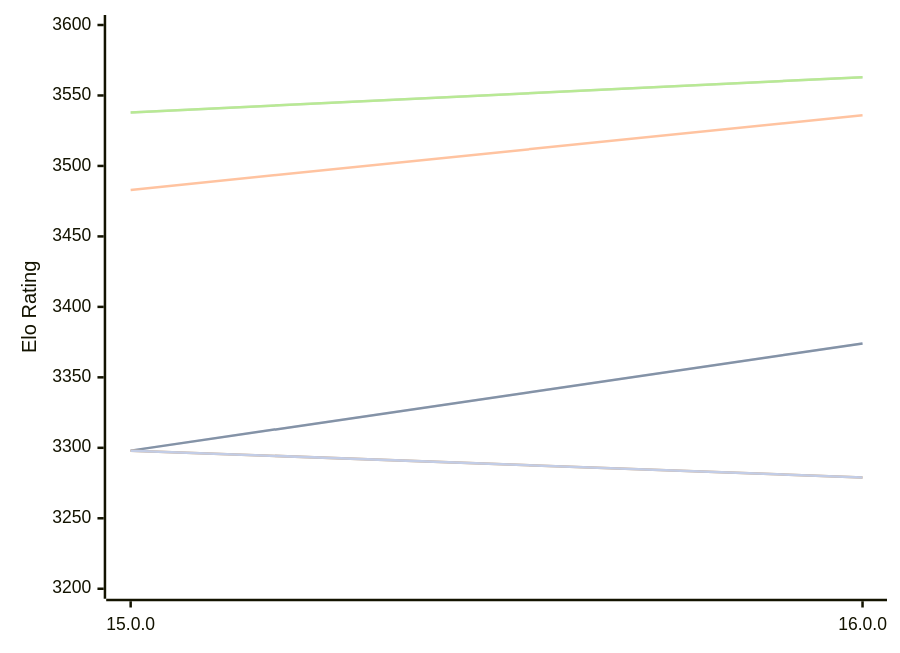
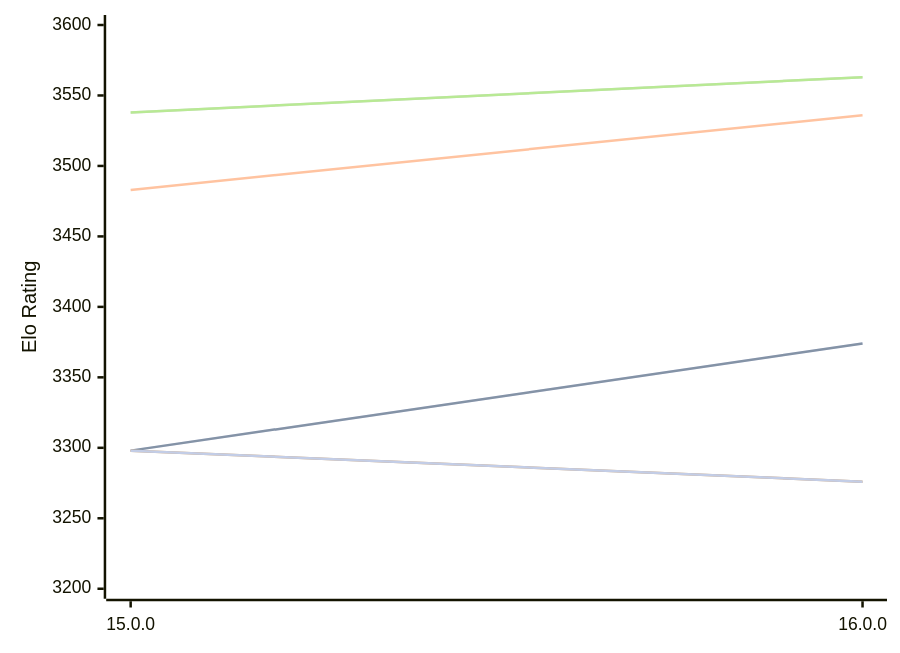
One commit to computer-chess-index/cci changed the diagram in engines/Halogen.md. Above: the diagram before and after it, drawn with Mermaid. The commit also changed other lines of this file, not shown here.

````diff
--- a/engines/Halogen.md
+++ b/engines/Halogen.md
@@ -48,13 +48,13 @@
 ```mermaid
 %%{init: {"theme":"base","themeVariables":{"seriesColors:['#a3a3a3','#222221','#faa371']}}}%%
 xychart-beta
   x-axis ["15.0.0", "16.0.0"]
   y-axis "Elo Rating" 3200 --> 3600
   line "" [3298, 3374]
   line "T1: STC (8.0+0.08s)" [3298, 3374]
   line "T1: LTC (60.0+0.60s)" [3483, 3536]
   line "" [3538, 3563]
   line "T1: VLTC (2m24s+1.12s)" [3538, 3563]
-  line "" [3298,3279]
-  line "E1: STC (8.0+0.08s)" [3298,3279]
+  line "" [3298,3276]
+  line "E1: STC (8.0+0.08s)" [3298,3276]
 ```
````
